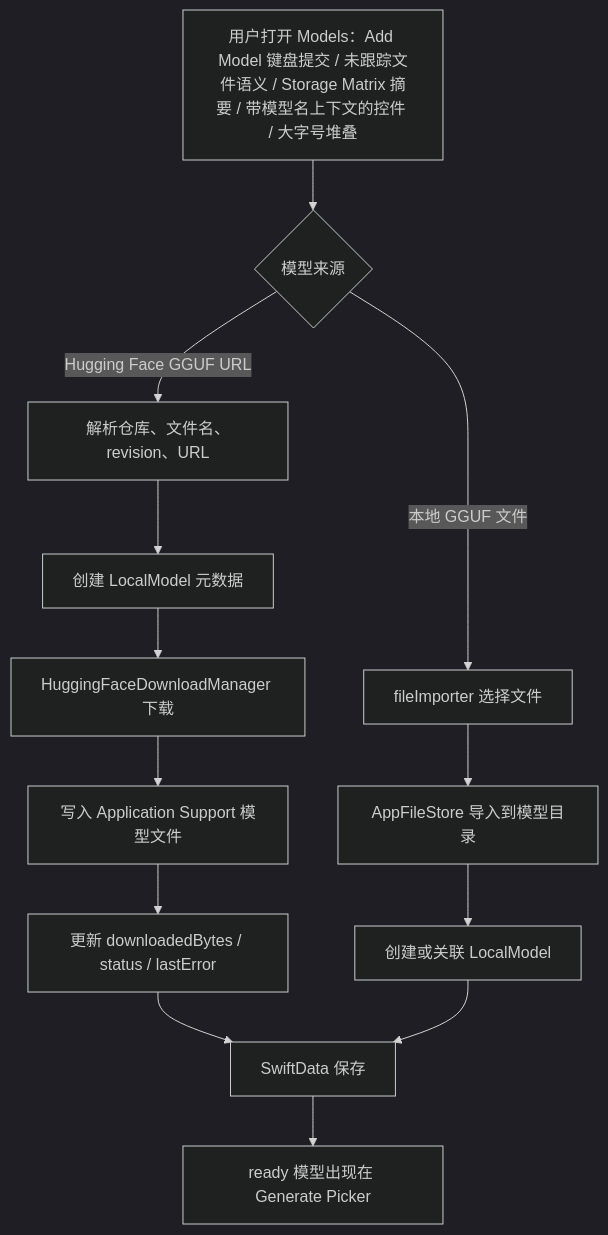
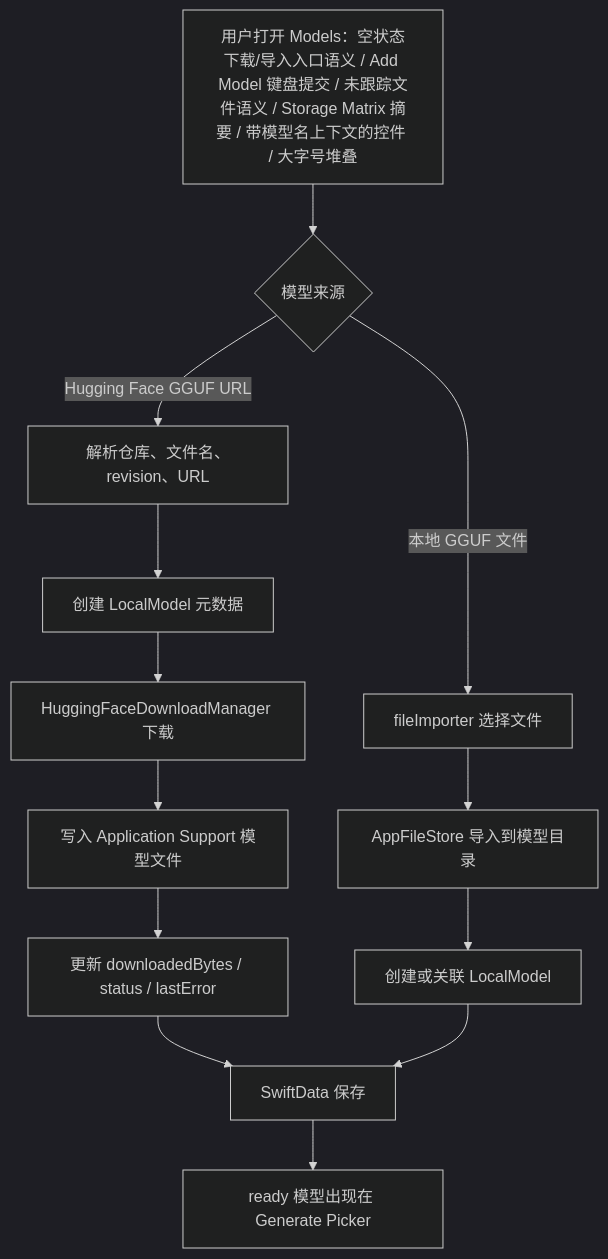
The third of 7 diagrams in md/flow/flowchart.md (Altman-sam114/118), drawn with Mermaid (dark theme) before and after one commit. The commit also changed other lines of this file and 5 other files, not shown here.

````diff
--- a/md/flow/flowchart.md
+++ b/md/flow/flowchart.md
@@ -66,15 +66,15 @@
 ```mermaid
 flowchart TD
-  A["用户打开 Models：Add Model 键盘提交 / 未跟踪文件语义 / Storage Matrix 摘要 / 带模型名上下文的控件 / 大字号堆叠"] --> B{"模型来源"}
+  A["用户打开 Models：空状态下载/导入入口语义 / Add Model 键盘提交 / 未跟踪文件语义 / Storage Matrix 摘要 / 带模型名上下文的控件 / 大字号堆叠"] --> B{"模型来源"}
   B -- "Hugging Face GGUF URL" --> C["解析仓库、文件名、revision、URL"]
   C --> D["创建 LocalModel 元数据"]
   D --> E["HuggingFaceDownloadManager 下载"]
   E --> F["写入 Application Support 模型文件"]
   F --> G["更新 downloadedBytes / status / lastError"]
   B -- "本地 GGUF 文件" --> H["fileImporter 选择文件"]
   H --> I["AppFileStore 导入到模型目录"]
   I --> J["创建或关联 LocalModel"]
   G --> K["SwiftData 保存"]
   J --> K
   K --> L["ready 模型出现在 Generate Picker"]
 ```
````
